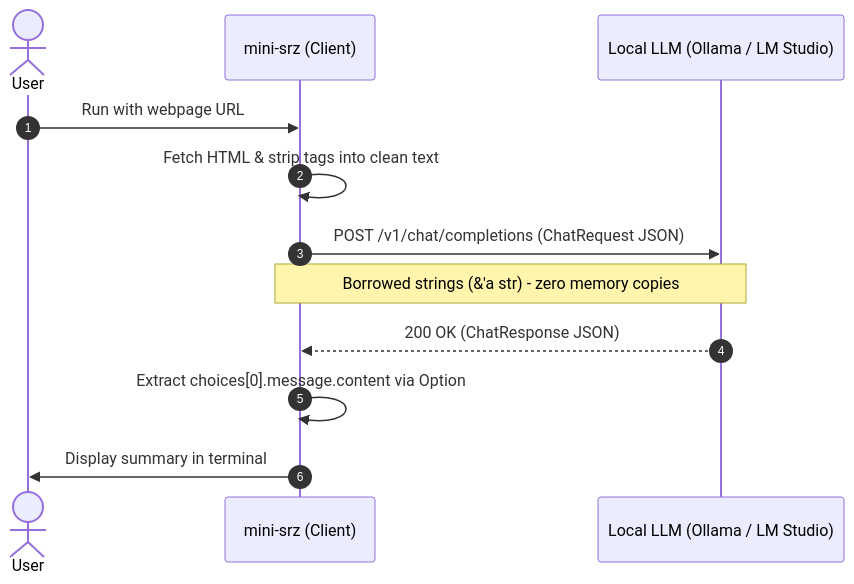
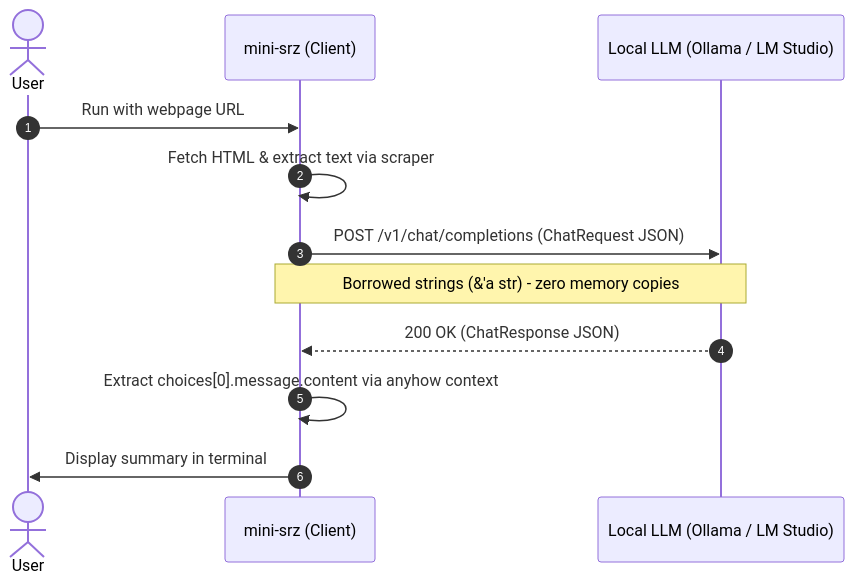
One commit to NewGuy012/srz changed the third of 3 diagrams in docs/RUST_LEARNING_GUIDE.md. Above: the diagram before and after it, drawn with Mermaid. The commit also changed other lines of this file, not shown here.

Commit message:
docs: simplify mini-srz tutorial using clap, scraper, and anyhow in RUST_LEARNING_GUIDE

````diff
--- a/docs/RUST_LEARNING_GUIDE.md
+++ b/docs/RUST_LEARNING_GUIDE.md
@@ -874,15 +795,15 @@
 ```mermaid
 sequenceDiagram
     autonumber
     actor User
     participant CLI as mini-srz (Client)
     participant LLM as Local LLM (Ollama / LM Studio)
 
     User->>CLI: Run with webpage URL
-    CLI->>CLI: Fetch HTML & strip tags into clean text
+    CLI->>CLI: Fetch HTML & extract text via scraper
     CLI->>LLM: POST /v1/chat/completions (ChatRequest JSON)
     Note over CLI,LLM: Borrowed strings (&'a str) - zero memory copies
     LLM-->>CLI: 200 OK (ChatResponse JSON)
-    CLI->>CLI: Extract choices[0].message.content via Option
+    CLI->>CLI: Extract choices[0].message.content via anyhow context
     CLI->>User: Display summary in terminal
 ```
````
